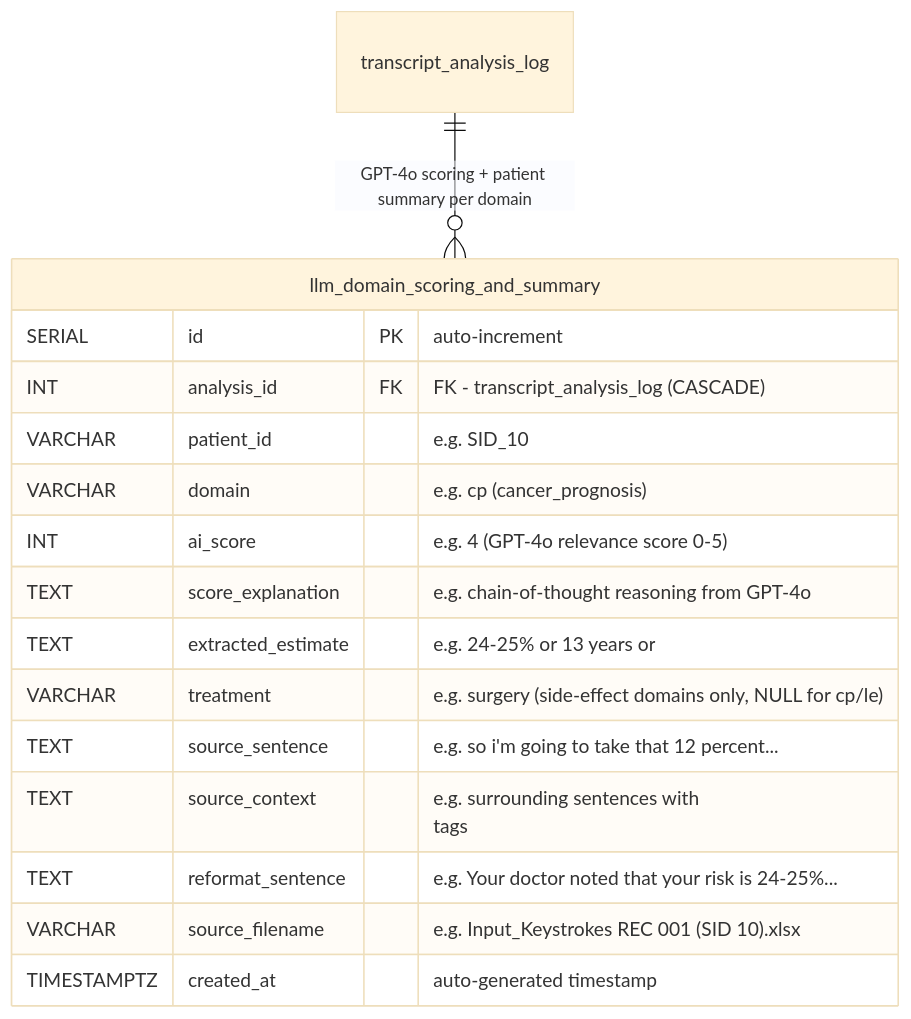
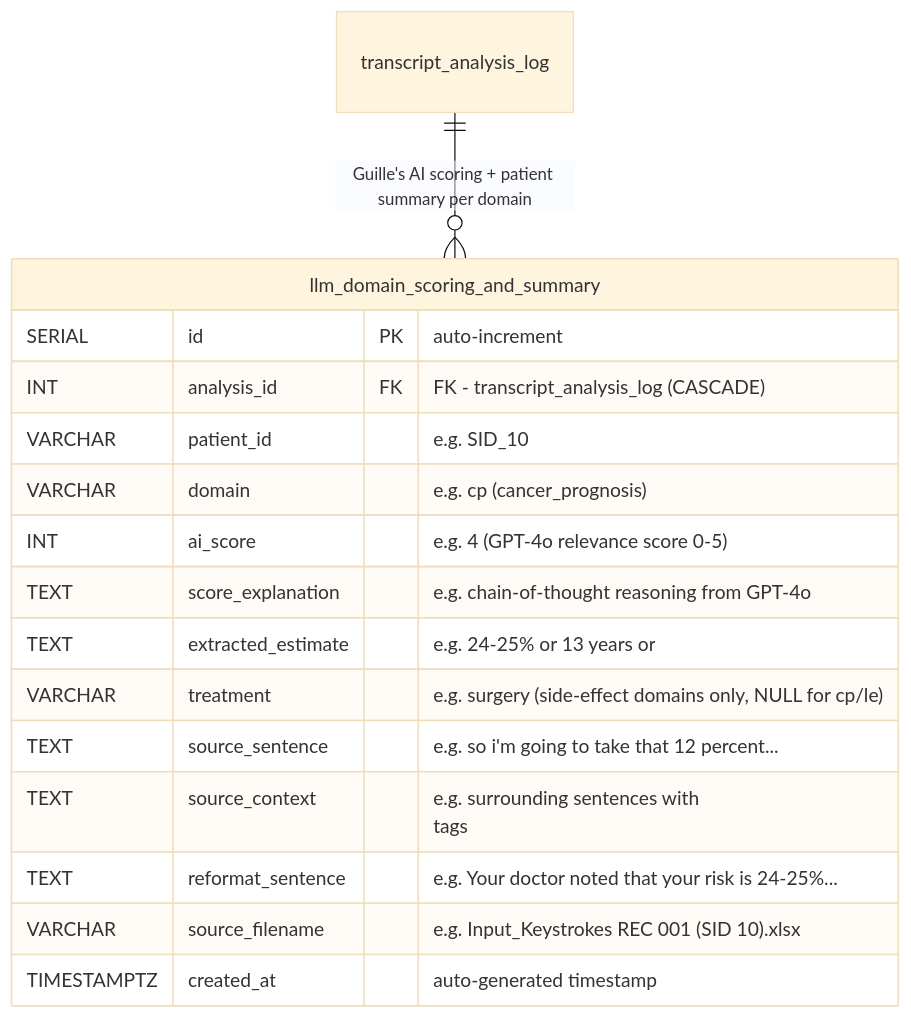
One commit to HyunjunA/Prostate_cancer_consultation changed the fourth of 6 diagrams in app/Backend/patient_doctor_interface_erd_v3_en.md. Above: the diagram before and after it, drawn with Mermaid (base theme). The commit also changed other lines of this file and 1 other file, not shown here.

First line of the commit message:
docs: update ERD v3 and schema to match actual implementation

````diff
--- a/app/Backend/patient_doctor_interface_erd_v3_en.md
+++ b/app/Backend/patient_doctor_interface_erd_v3_en.md
@@ -115,20 +116,20 @@
 ```mermaid
 erDiagram
     llm_domain_scoring_and_summary {
         SERIAL id PK "auto-increment"
         INT analysis_id FK "FK - transcript_analysis_log (CASCADE)"
         VARCHAR patient_id "e.g. SID_10"
         VARCHAR domain "e.g. cp (cancer_prognosis)"
         INT ai_score "e.g. 4 (GPT-4o relevance score 0-5)"
         TEXT score_explanation "e.g. chain-of-thought reasoning from GPT-4o"
         TEXT extracted_estimate "e.g. 24-25% or 13 years or <missing>"
         VARCHAR treatment "e.g. surgery (side-effect domains only, NULL for cp/le)"
         TEXT source_sentence "e.g. so i'm going to take that 12 percent..."
         TEXT source_context "e.g. surrounding sentences with <main> tags"
         TEXT reformat_sentence "e.g. Your doctor noted that your risk is 24-25%..."
         VARCHAR source_filename "e.g. Input_Keystrokes REC 001 (SID 10).xlsx"
         TIMESTAMPTZ created_at "auto-generated timestamp"
     }
 
-    transcript_analysis_log ||--o{ llm_domain_scoring_and_summary : "GPT-4o scoring + patient summary per domain"
+    transcript_analysis_log ||--o{ llm_domain_scoring_and_summary : "Guille's AI scoring + patient summary per domain"
 ```
````
